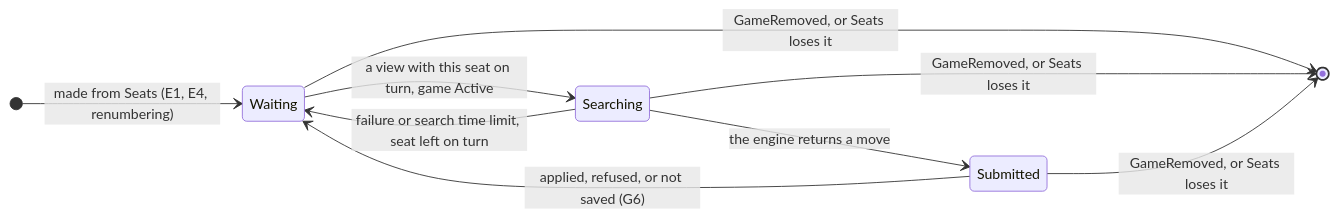
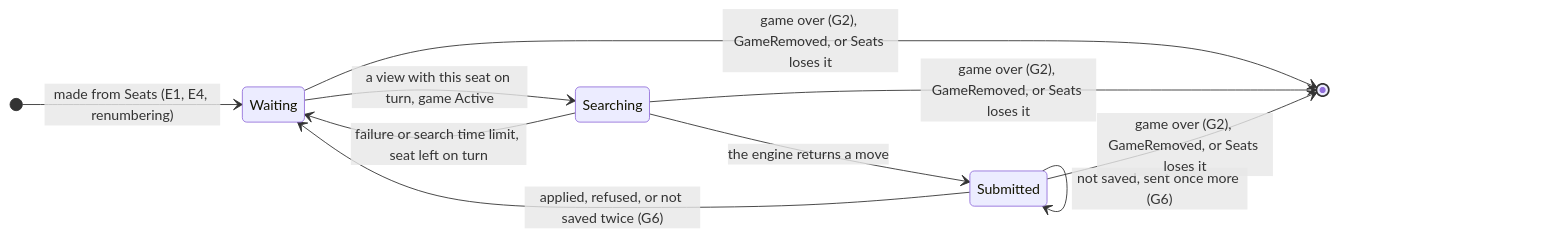
The first of 3 diagrams in applications/tile-lite-elite/3.1.7-changes/workstreams/application-game-architecture/71-one-game-model/71-life-histories.md (delphside/programme), drawn with Mermaid before and after one commit. The commit also changed other lines of this file and 3 other files, not shown here.

````diff
--- a/applications/tile-lite-elite/3.1.7-changes/workstreams/application-game-architecture/71-one-game-model/71-life-histories.md
+++ b/applications/tile-lite-elite/3.1.7-changes/workstreams/application-game-architecture/71-one-game-model/71-life-histories.md
@@ -163,12 +164,13 @@
 ```mermaid
 stateDiagram-v2
     direction LR
     [*] --> Waiting: made from Seats (E1, E4, renumbering)
     Waiting --> Searching: a view with this seat on turn, game Active
     Searching --> Submitted: the engine returns a move
     Searching --> Waiting: failure or search time limit, seat left on turn
-    Submitted --> Waiting: applied, refused, or not saved (G6)
-    Waiting --> [*]: GameRemoved, or Seats loses it
-    Searching --> [*]: GameRemoved, or Seats loses it
-    Submitted --> [*]: GameRemoved, or Seats loses it
+    Submitted --> Submitted: not saved, sent once more (G6)
+    Submitted --> Waiting: applied, refused, or not saved twice (G6)
+    Waiting --> [*]: game over (G2), GameRemoved, or Seats loses it
+    Searching --> [*]: game over (G2), GameRemoved, or Seats loses it
+    Submitted --> [*]: game over (G2), GameRemoved, or Seats loses it
 ```
````
